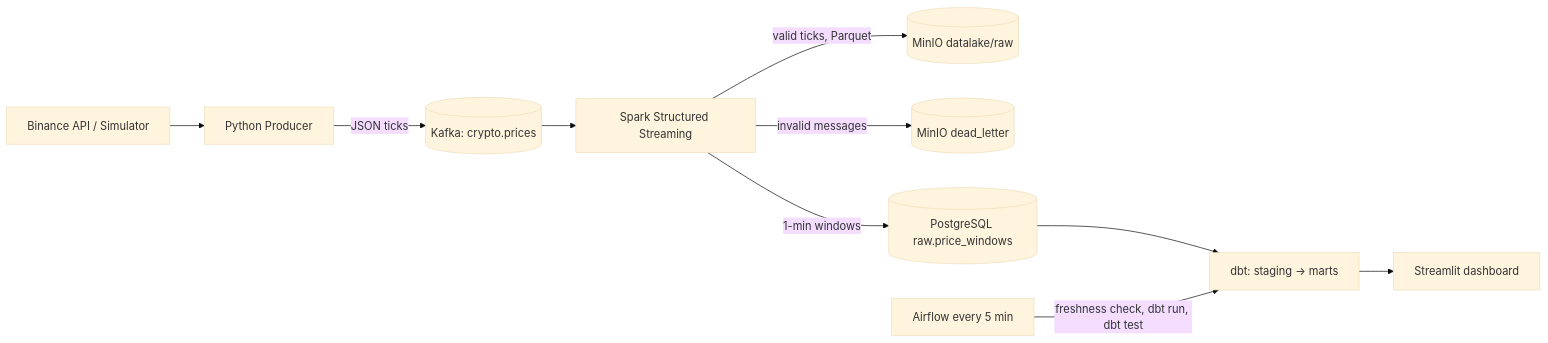
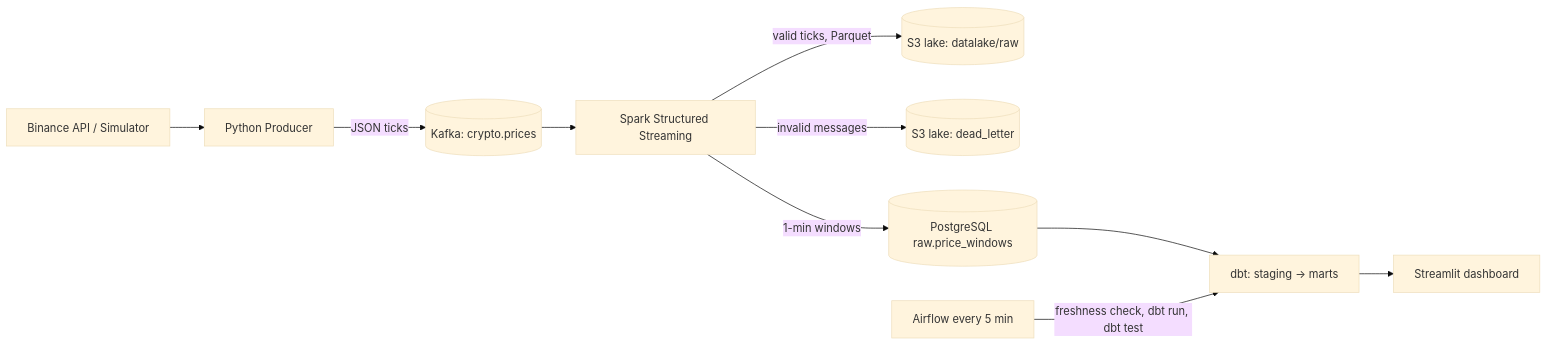
One commit to AhmedSaidRR/streaming-pipeline changed the first of 2 diagrams in README.md. Above: the diagram before and after it, drawn with Mermaid (base theme). The commit also changed other lines of this file and 12 other files, not shown here.

First line of the commit message:
feat(lake): run the stack on SeaweedFS after MinIO images were removed upstream

````diff
--- a/README.md
+++ b/README.md
@@ -9,12 +9,12 @@
 ```mermaid
 flowchart LR
     A[Binance API / Simulator] --> B[Python Producer]
     B -->|JSON ticks| C[(Kafka: crypto.prices)]
     C --> D[Spark Structured Streaming]
-    D -->|valid ticks, Parquet| E[(MinIO datalake/raw)]
-    D -->|invalid messages| F[(MinIO dead_letter)]
+    D -->|valid ticks, Parquet| E[(S3 lake: datalake/raw)]
+    D -->|invalid messages| F[(S3 lake: dead_letter)]
     D -->|1-min windows| G[(PostgreSQL raw.price_windows)]
     G --> H[dbt: staging -> marts]
     I[Airflow every 5 min] -->|freshness check, dbt run, dbt test| H
     H --> J[Streamlit dashboard]
 ```
````
